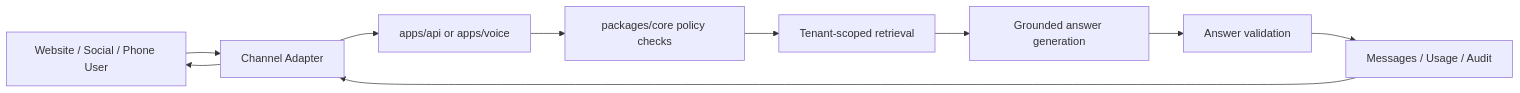
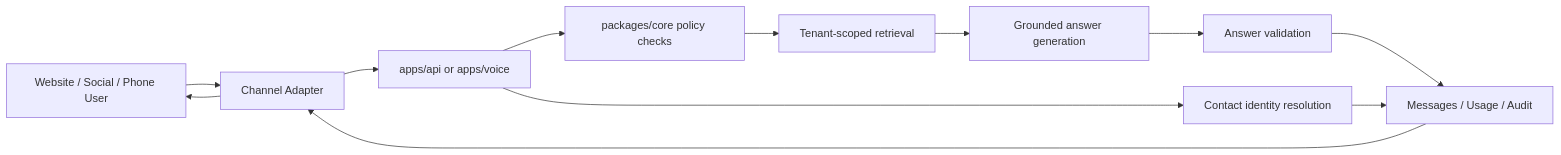
The diagram in docs/architecture.md (proark1/assaddar-ai-communication), drawn with Mermaid before and after one commit. The commit also changed other lines of this file and 10 other files, not shown here.

````diff
--- a/docs/architecture.md
+++ b/docs/architecture.md
@@ -9,12 +9,14 @@
 ```mermaid
 flowchart LR
   Visitor["Website / Social / Phone User"] --> Adapter["Channel Adapter"]
   Adapter --> API["apps/api or apps/voice"]
+  API --> Identity["Contact identity resolution"]
   API --> Policy["packages/core policy checks"]
   Policy --> Retrieval["Tenant-scoped retrieval"]
   Retrieval --> Answer["Grounded answer generation"]
   Answer --> Validation["Answer validation"]
   Validation --> Store["Messages / Usage / Audit"]
+  Identity --> Store
   Store --> Adapter
   Adapter --> Visitor
 ```
````
